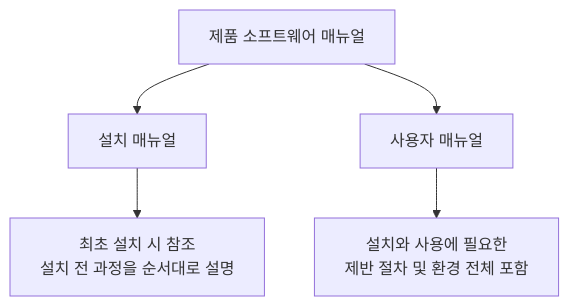
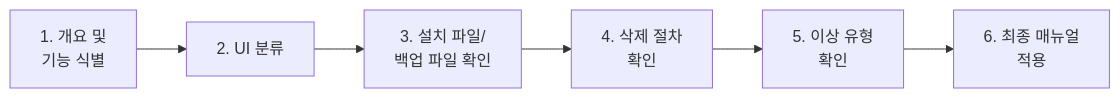
The fifth of 14 diagrams in _posts/2026-07-19-eip-application-packaging-study-2.md (sungjin-dev/sungjin-dev.github.io), drawn with Mermaid before and after one commit. The commit also changed other lines of this file, not shown here.

````diff
--- a/_posts/2026-07-19-eip-application-packaging-study-2.md
+++ b/_posts/2026-07-19-eip-application-packaging-study-2.md
@@ -328,7 +328,8 @@
 ```mermaid
-graph TD
-    A[제품 소프트웨어 매뉴얼] --> B[설치 매뉴얼]
-    A --> C[사용자 매뉴얼]
-    B --> B1["최초 설치 시 참조<br>설치 전 과정을 순서대로 설명"]
-    C --> C1["설치와 사용에 필요한<br>제반 절차 및 환경 전체 포함"]
+flowchart LR
+    A["1. 개요 및<br/>기능 식별"] --> B["2. UI 분류"]
+    B --> C["3. 설치 파일/<br/>백업 파일 확인"]
+    C --> D["4. 삭제 절차<br/>확인"]
+    D --> E["5. 이상 유형<br/>확인"]
+    E --> F["6. 최종 매뉴얼<br/>적용"]
 ```
````
